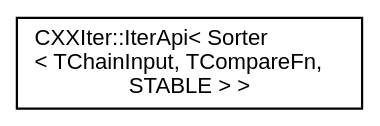
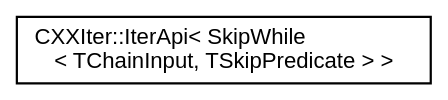
Before and after one commit to seijikun/CXXIter: the diagram in inherit_graph_10.dot, drawn with Graphviz. The commit also changed 39 other files, not shown here.

```diff
--- a/inherit_graph_10.dot
+++ b/inherit_graph_10.dot
@@ -1,10 +1,10 @@
 digraph "Graphical Class Hierarchy"
 {
  // INTERACTIVE_SVG=YES
  // LATEX_PDF_SIZE
   bgcolor="transparent";
   edge [fontname="Helvetica",fontsize="10",labelfontname="Helvetica",labelfontsize="10"];
   node [fontname="Helvetica",fontsize="10",shape=record];
   rankdir="LR";
-  Node0 [label="CXXIter::IterApi\< Sorter\l\< TChainInput, TCompareFn,\l STABLE \> \>",height=0.2,width=0.4,color="black",URL="$classCXXIter_1_1IterApi.html",tooltip=" "];
+  Node0 [label="CXXIter::IterApi\< SkipWhile\l\< TChainInput, TSkipPredicate \> \>",height=0.2,width=0.4,color="black",URL="$classCXXIter_1_1IterApi.html",tooltip=" "];
 }
```
